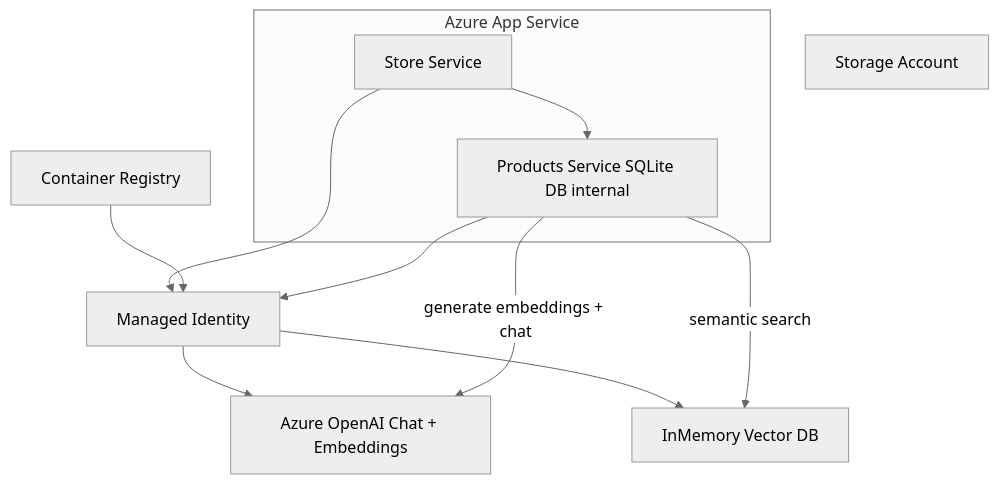
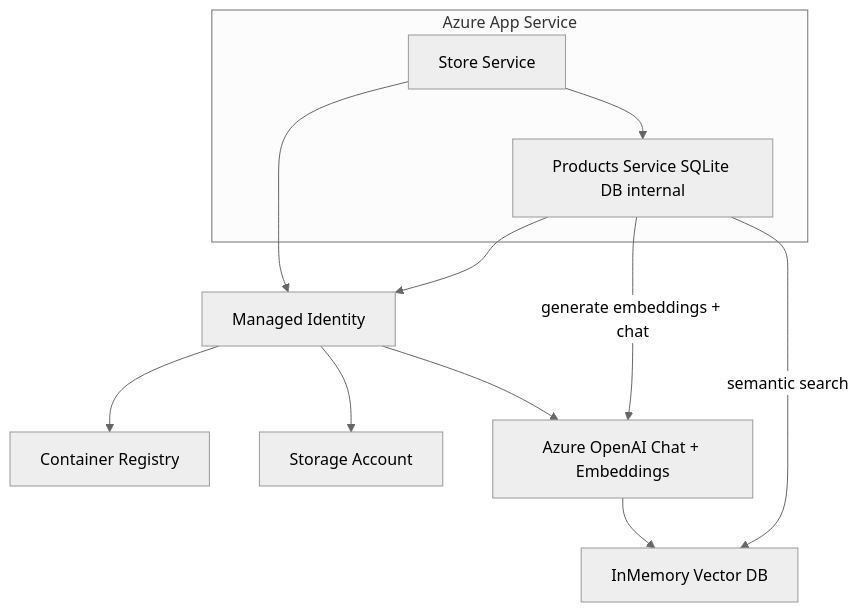
Before and after one commit to luckysuie/proj7: the diagram in scenarios/09-AzureAppService/README.md, drawn with Mermaid (neutral theme).

Commit message:
fix: Update architecture diagram to correct service connections for Managed Identity

````diff
--- a/scenarios/09-AzureAppService/README.md
+++ b/scenarios/09-AzureAppService/README.md
@@ -48,23 +48,24 @@
   ```mermaid
   flowchart TD
     subgraph "Azure App Service"
       store[Store Service]
       products[Products Service SQLite DB internal]
     end
     ContainerRegistry[Container Registry]
     StorageAccount[Storage Account]
     ManagedIdentity[Managed Identity]
     AzureOpenAI[Azure OpenAI Chat + Embeddings]
     InMemoryVectorDB[InMemory Vector DB]
 
     store --> products
     store --> ManagedIdentity
 
-    ContainerRegistry --> ManagedIdentity
+    ManagedIdentity --> ContainerRegistry
+    ManagedIdentity --> StorageAccount
     ManagedIdentity --> AzureOpenAI
-    ManagedIdentity --> InMemoryVectorDB
+    AzureOpenAI --> InMemoryVectorDB
 
     products --> ManagedIdentity
     products -->|semantic search| InMemoryVectorDB
     products -->|generate embeddings + chat| AzureOpenAI
   ```
````
